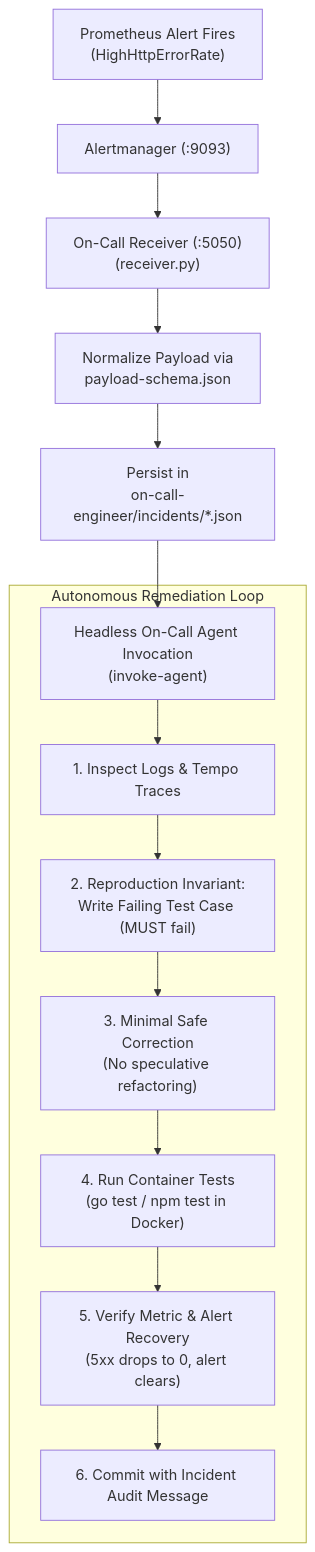
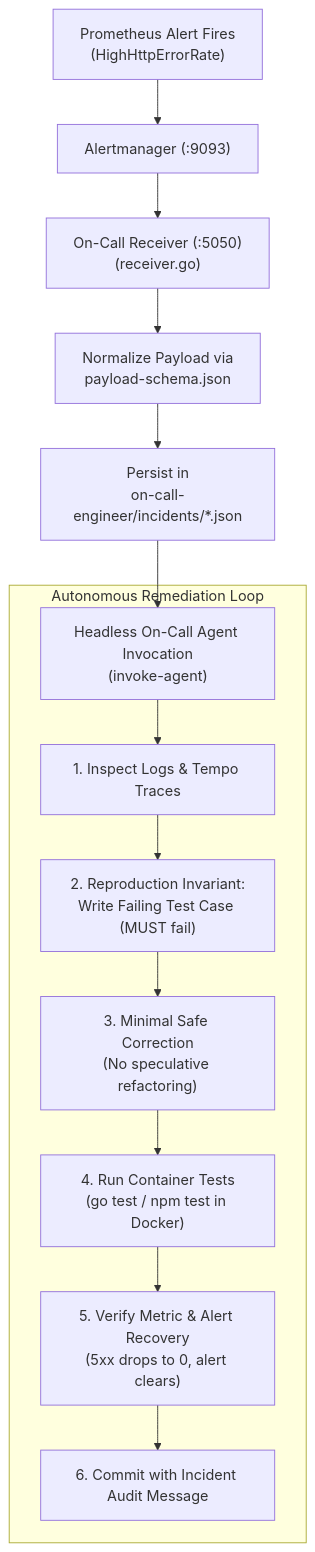
One commit to pithwamanish/shared-household-chores changed the diagram in _docs/alerts-and-incidents.md. Above: the diagram before and after it, drawn with Mermaid. The commit also changed other lines of this file and 12 other files, not shown here.

Commit message:
feat(oncall): convert on-call webhook receiver from Python to Go

````diff
--- a/_docs/alerts-and-incidents.md
+++ b/_docs/alerts-and-incidents.md
@@ -36,17 +36,17 @@
 ```mermaid
 flowchart TD
     Prom["Prometheus Alert Fires\n(HighHttpErrorRate)"] --> AM["Alertmanager (:9093)"]
-    AM --> Recv["On-Call Receiver (:5050)\n(receiver.py)"]
+    AM --> Recv["On-Call Receiver (:5050)\n(receiver.go)"]
     Recv --> Norm["Normalize Payload via\npayload-schema.json"]
     Norm --> Store["Persist in\non-call-engineer/incidents/*.json"]
     Store --> Agent["Headless On-Call Agent Invocation\n(invoke-agent)"]
     
     subgraph Loop["Autonomous Remediation Loop"]
         Agent --> Telemetry["1. Inspect Logs & Tempo Traces"]
         Telemetry --> Repro["2. Reproduction Invariant:\nWrite Failing Test Case (MUST fail)"]
         Repro --> Fix["3. Minimal Safe Correction\n(No speculative refactoring)"]
         Fix --> Test["4. Run Container Tests\n(go test / npm test in Docker)"]
         Test --> Recover["5. Verify Metric & Alert Recovery\n(5xx drops to 0, alert clears)"]
         Recover --> Audit["6. Commit with Incident Audit Message"]
     end
 ```
````
